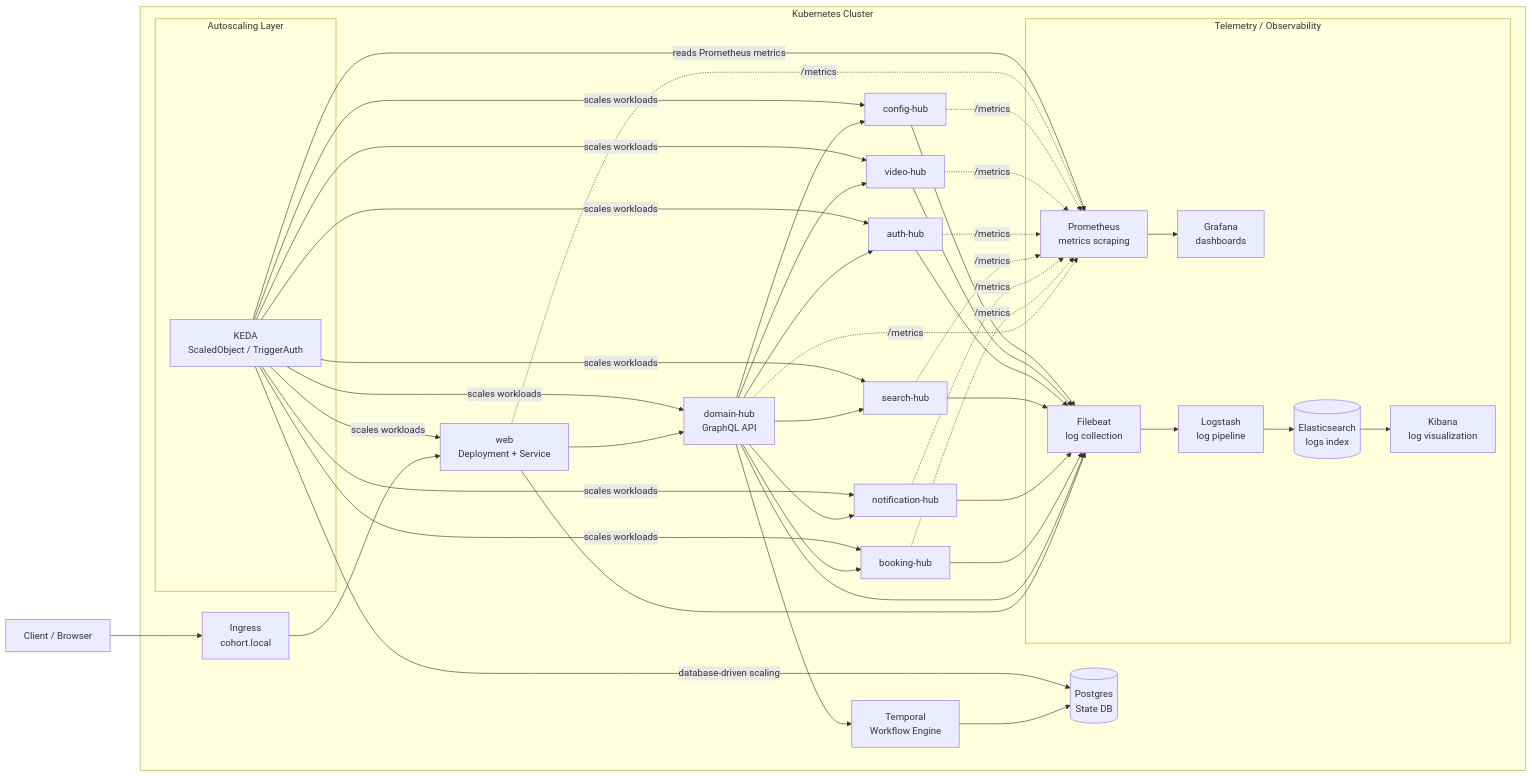
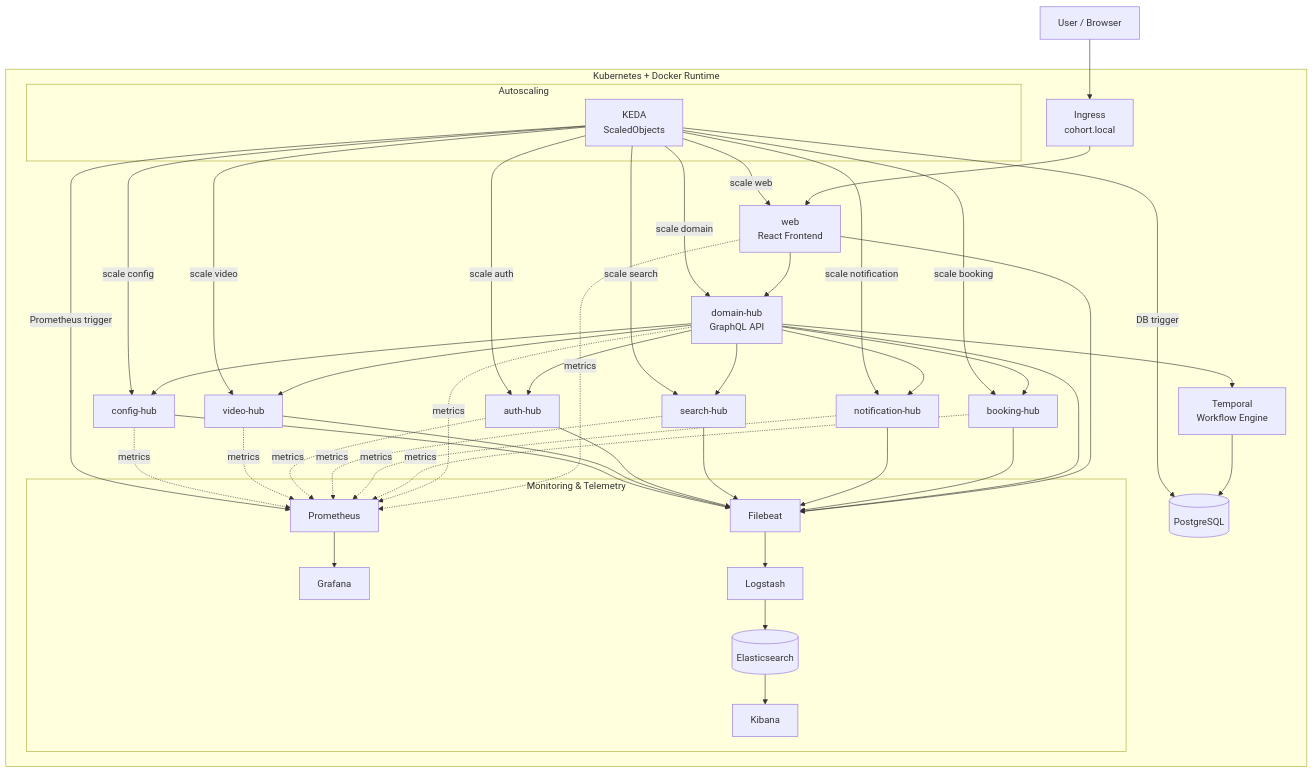
The diagram in README.md (venkatkadiri/Cohort), drawn with Mermaid before and after one commit. The commit also changed other lines of this file, not shown here.

Commit message:
fix: updated read me

````diff
--- a/README.md
+++ b/README.md
@@ -9,67 +16,66 @@
 ```mermaid
-flowchart LR
-    User[Client / Browser] --> Ingress[Ingress<br/>cohort.local]
+flowchart TB
+    User[User / Browser] --> Ingress[Ingress<br/>cohort.local]
 
-    subgraph K8s["Kubernetes Cluster"]
-        Ingress --> Web[web<br/>Deployment + Service]
+    subgraph Cluster["Kubernetes + Docker Runtime"]
+        Ingress --> Web[web<br/>React Frontend]
 
         Web --> Domain[domain-hub<br/>GraphQL API]
         Domain --> Booking[booking-hub]
         Domain --> Notification[notification-hub]
         Domain --> Search[search-hub]
         Domain --> Auth[auth-hub]
         Domain --> Video[video-hub]
         Domain --> Config[config-hub]
 
         Domain --> Temporal[Temporal<br/>Workflow Engine]
-        Temporal --> Postgres[(Postgres<br/>State DB)]
+        Temporal --> Postgres[(PostgreSQL)]
 
-        subgraph Telemetry["Telemetry / Observability"]
-            Prometheus[Prometheus<br/>metrics scraping]
-            Grafana[Grafana<br/>dashboards]
-            Logstash[Logstash<br/>log pipeline]
-            Elasticsearch[(Elasticsearch<br/>logs index)]
-            Kibana[Kibana<br/>log visualization]
-            Filebeat[Filebeat<br/>log collection]
+        subgraph Observability["Monitoring & Telemetry"]
+            Prometheus[Prometheus]
+            Grafana[Grafana]
+            Filebeat[Filebeat]
+            Logstash[Logstash]
+            Elasticsearch[(Elasticsearch)]
+            Kibana[Kibana]
         end
 
-        subgraph AutoScale["Autoscaling Layer"]
-            KEDA[KEDA<br/>ScaledObject / TriggerAuth]
+        subgraph Autoscaling["Autoscaling"]
+            KEDA[KEDA<br/>ScaledObjects]
         end
 
-        Domain -. /metrics .-> Prometheus
-        Booking -. /metrics .-> Prometheus
-        Notification -. /metrics .-> Prometheus
-        Search -. /metrics .-> Prometheus
-        Auth -. /metrics .-> Prometheus
-        Video -. /metrics .-> Prometheus
-        Config -. /metrics .-> Prometheus
-        Web -. /metrics .-> Prometheus
+        Web -. metrics .-> Prometheus
+        Domain -. metrics .-> Prometheus
+        Booking -. metrics .-> Prometheus
+        Notification -. metrics .-> Prometheus
+        Search -. metrics .-> Prometheus
+        Auth -. metrics .-> Prometheus
+        Video -. metrics .-> Prometheus
+        Config -. metrics .-> Prometheus
 
-        KEDA -->|reads Prometheus metrics| Prometheus
-        KEDA -->|scales workloads| Web
-        KEDA -->|scales workloads| Domain
-        KEDA -->|scales workloads| Booking
-        KEDA -->|scales workloads| Notification
-        KEDA -->|scales workloads| Search
-        KEDA -->|scales workloads| Auth
-        KEDA -->|scales workloads| Video
-        KEDA -->|scales workloads| Config
-
-        KEDA -->|database-driven scaling| Postgres
+        KEDA -->|Prometheus trigger| Prometheus
+        KEDA -->|scale web| Web
+        KEDA -->|scale domain| Domain
+        KEDA -->|scale booking| Booking
+        KEDA -->|scale notification| Notification
+        KEDA -->|scale search| Search
+        KEDA -->|scale auth| Auth
+        KEDA -->|scale video| Video
+        KEDA -->|scale config| Config
+        KEDA -->|DB trigger| Postgres
 
         Web --> Filebeat
         Domain --> Filebeat
         Booking --> Filebeat
         Notification --> Filebeat
         Search --> Filebeat
         Auth --> Filebeat
         Video --> Filebeat
         Config --> Filebeat
 
         Filebeat --> Logstash
         Logstash --> Elasticsearch
         Elasticsearch --> Kibana
         Prometheus --> Grafana
     end
 ```
````
